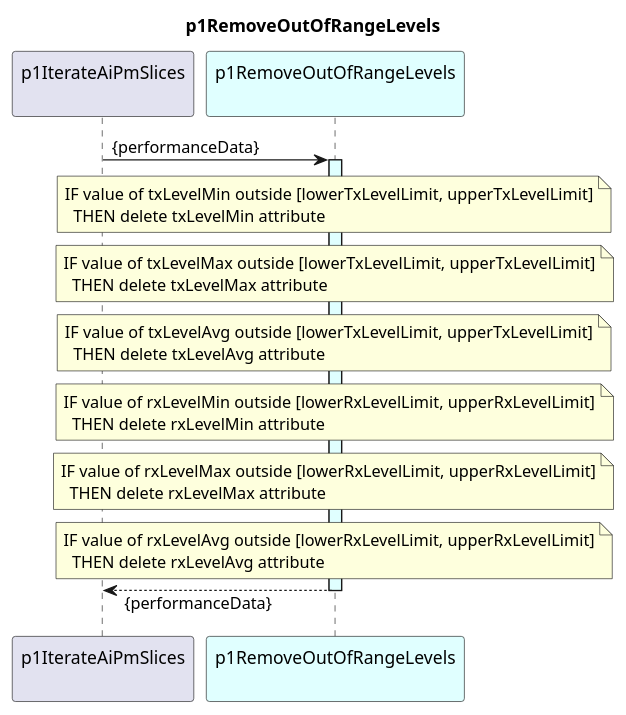
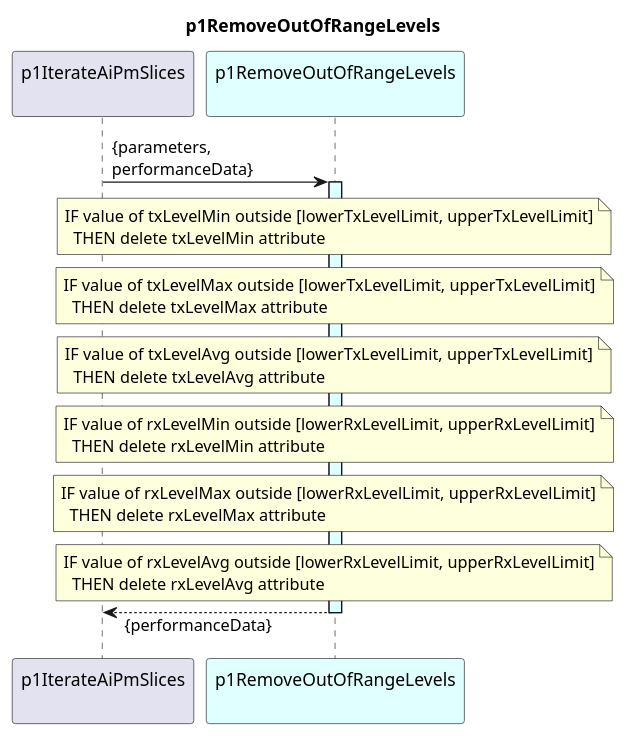
One commit to openBackhaul/DevicePerformanceManagementDataProcessor changed the diagram in spec/Functions/p1StreamPmData/p1ProcessDevice/p1CreateResultCc/p1IterateAiPmSlices/p1RemoveOutOfRangeLevels/1.0.0/p1RemoveOutOfRangeLevels.plantuml. Above: the diagram before and after it, drawn with PlantUML. The commit also changed 10 other files, not shown here.

```diff
--- a/spec/Functions/p1StreamPmData/p1ProcessDevice/p1CreateResultCc/p1IterateAiPmSlices/p1RemoveOutOfRangeLevels/1.0.0/p1RemoveOutOfRangeLevels.plantuml
+++ b/spec/Functions/p1StreamPmData/p1ProcessDevice/p1CreateResultCc/p1IterateAiPmSlices/p1RemoveOutOfRangeLevels/1.0.0/p1RemoveOutOfRangeLevels.plantuml
@@ -1,48 +1,48 @@
 @startuml p1RemoveOutOfRangeLevels
 skinparam responseMessageBelowArrow true
 
 title
   p1RemoveOutOfRangeLevels
 end title
 
 participant "p1IterateAiPmSlices\n" as requestor
 participant "p1RemoveOutOfRangeLevels\n" as removeLevels #LightCyan
 
 
-  requestor -> removeLevels : {performanceData}
+  requestor -> removeLevels : {parameters,\nperformanceData}
   activate removeLevels #LightCyan
 
     note over removeLevels
       IF value of txLevelMin outside [lowerTxLevelLimit, upperTxLevelLimit]
         THEN delete txLevelMin attribute
     end note
 
     note over removeLevels
       IF value of txLevelMax outside [lowerTxLevelLimit, upperTxLevelLimit]
         THEN delete txLevelMax attribute
     end note
 
     note over removeLevels
       IF value of txLevelAvg outside [lowerTxLevelLimit, upperTxLevelLimit]
         THEN delete txLevelAvg attribute
     end note
 
     note over removeLevels
       IF value of rxLevelMin outside [lowerRxLevelLimit, upperRxLevelLimit]
         THEN delete rxLevelMin attribute
     end note
 
     note over removeLevels
       IF value of rxLevelMax outside [lowerRxLevelLimit, upperRxLevelLimit]
         THEN delete rxLevelMax attribute
     end note
 
     note over removeLevels
       IF value of rxLevelAvg outside [lowerRxLevelLimit, upperRxLevelLimit]
         THEN delete rxLevelAvg attribute
     end note
 
   requestor <-- removeLevels: {performanceData}
   deactivate removeLevels
 
 @enduml
```
